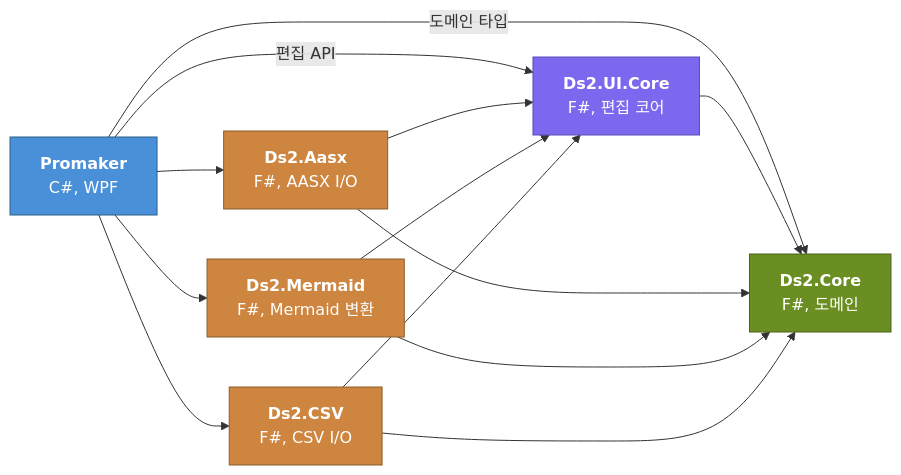
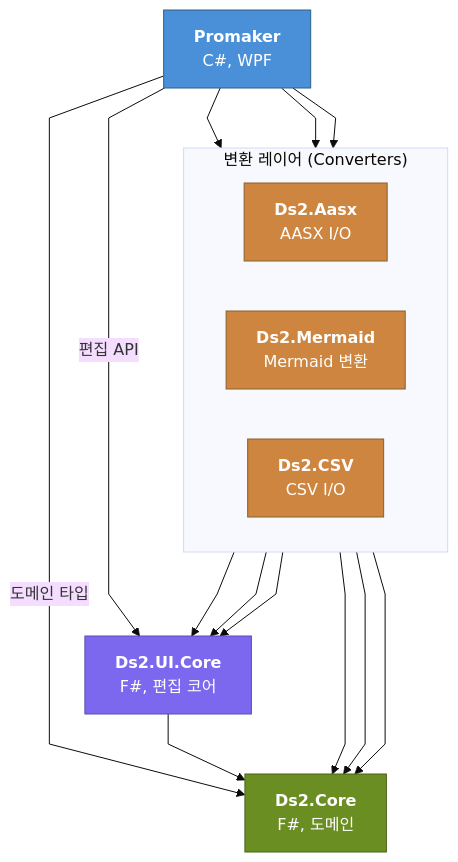
One commit to DualsoftDev/ds2 changed the third of 7 diagrams in README.md. Above: the diagram before and after it, drawn with Mermaid. The commit also changed other lines of this file, not shown here.

````diff
--- a/README.md
+++ b/README.md
@@ -72,29 +67,29 @@
 ```mermaid
-graph LR
+%%{init: {'theme': 'base', 'flowchart': {'curve': 'linear', 'rankSpacing': 60}}}%%
+flowchart TB
   PM["<b>Promaker</b><br/>C#, WPF"]
+
+  subgraph CONV["변환 레이어 (Converters)"]
+    direction LR
+    AASX["<b>Ds2.Aasx</b><br/>AASX I/O"]
+    MER["<b>Ds2.Mermaid</b><br/>Mermaid 변환"]
+    CSV["<b>Ds2.CSV</b><br/>CSV I/O"]
+  end
+
   UIC["<b>Ds2.UI.Core</b><br/>F#, 편집 코어"]
   CORE["<b>Ds2.Core</b><br/>F#, 도메인"]
-  AASX["<b>Ds2.Aasx</b><br/>F#, AASX I/O"]
-  MER["<b>Ds2.Mermaid</b><br/>F#, Mermaid 변환"]
-  CSV["<b>Ds2.CSV</b><br/>F#, CSV I/O"]
 
   PM -->|편집 API| UIC
   PM -->|도메인 타입| CORE
-  PM --> AASX
-  PM --> MER
-  PM --> CSV
+  PM --> AASX & MER & CSV
+  AASX & MER & CSV --> UIC
+  AASX & MER & CSV --> CORE
   UIC --> CORE
-  AASX --> UIC
-  AASX --> CORE
-  MER --> UIC
-  MER --> CORE
-  CSV --> UIC
-  CSV --> CORE
 
-  style PM fill:#4a90d9,color:#fff,stroke:#2c5f8a
-  style UIC fill:#7b68ee,color:#fff,stroke:#5a4db5
+  style PM   fill:#4a90d9,color:#fff,stroke:#2c5f8a
+  style UIC  fill:#7b68ee,color:#fff,stroke:#5a4db5
   style CORE fill:#6b8e23,color:#fff,stroke:#4a6319
   style AASX fill:#cd853f,color:#fff,stroke:#8b5e2b
-  style MER fill:#cd853f,color:#fff,stroke:#8b5e2b
-  style CSV fill:#cd853f,color:#fff,stroke:#8b5e2b
+  style MER  fill:#cd853f,color:#fff,stroke:#8b5e2b
+  style CSV  fill:#cd853f,color:#fff,stroke:#8b5e2b
 ```
````
